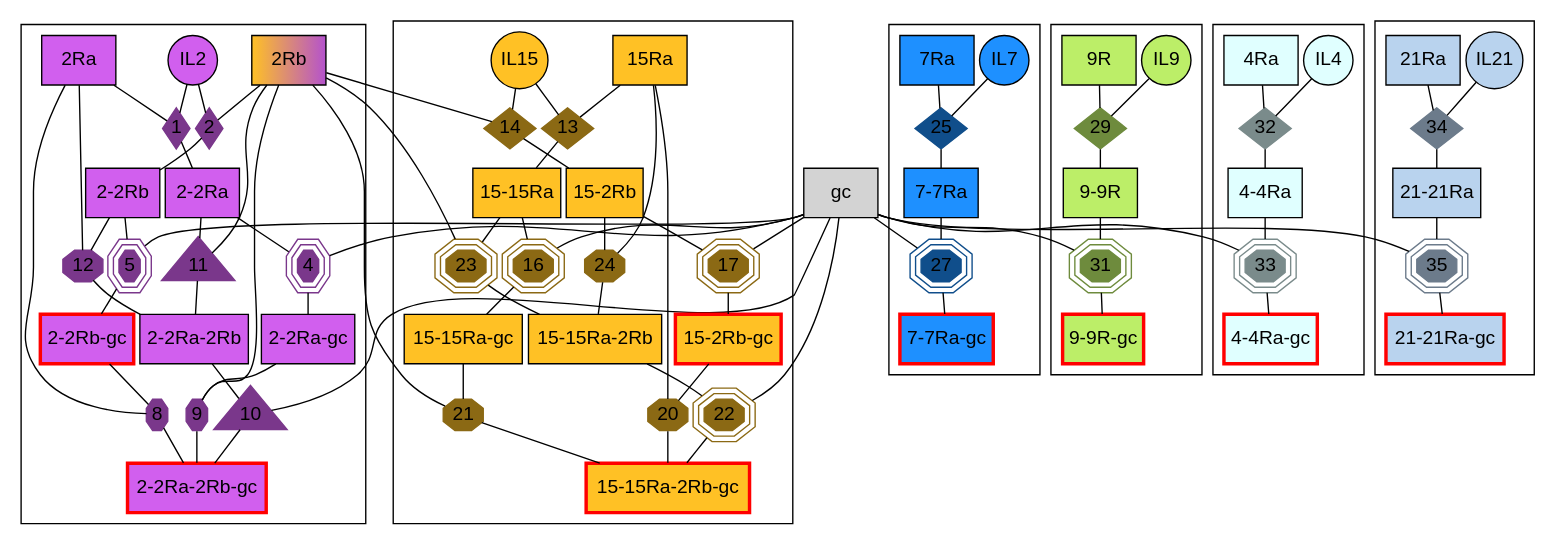
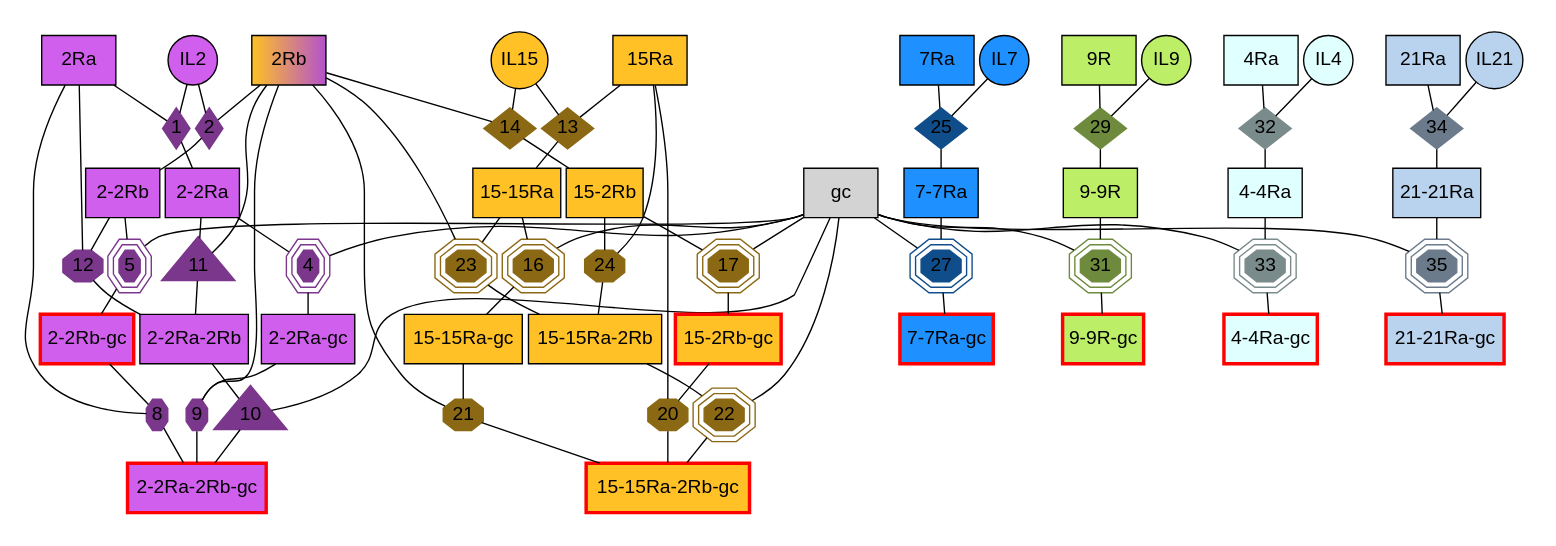
The diagram in ckine/data/graph_all.gv (meyer-lab/gc-valent), drawn with Graphviz before and after one commit.

Commit message:
remove black outlines

```diff
--- a/ckine/data/graph_all.gv
+++ b/ckine/data/graph_all.gv
@@ -55,6 +55,7 @@
 
     subgraph cluster_IL2 {
     	node [style=filled,color=mediumorchid4, margin=0];
+        penwidth=0;
 
         "1" [shape=diamond,style=filled,height=.1,width=.1, fontname = "helvetica"];
         "IL2" -> "1" [dir=none,weight=1];
@@ -105,6 +106,7 @@
     subgraph cluster_IL15 {
     	node [style=filled,color=goldenrod4, margin=0];
         edge [dir=none, weight=1];
+        penwidth=0;
 
         "13" [shape=diamond,style=filled,height=.1,width=.1, fontname = "helvetica"];
         "IL15" -> "13";
@@ -155,6 +157,7 @@
     subgraph cluster_IL7 {
     	node [style=filled,color=dodgerblue4, margin=0];
         edge [dir=none, weight=1];
+        penwidth=0;
         
         "25" [shape=diamond,style=filled,height=.1,width=.1, fontname = "helvetica"];
         "IL7" -> "25";
@@ -170,6 +173,7 @@
     subgraph cluster_IL9 {
     	node [style=filled,color=darkolivegreen4, margin=0];
         edge [dir=none, weight=1];
+        penwidth=0;
         
         "29" [shape=diamond, style=filled, height=.1, width=.1, fontname = "helvetica"];
         "IL9" -> "29";
@@ -185,6 +189,7 @@
     subgraph cluster_IL4 {
     	node [style=filled, color=lightcyan4, margin=0];
         edge [dir=none, weight=1];
+        penwidth=0;
         
         "32" [shape=diamond, style=filled, height=0.1, width=0.1, fontname = "helvetica"];
         "IL4" -> "32";
@@ -199,6 +204,7 @@
     subgraph cluster_IL21 {
     	node [style=filled, color=slategray4, margin=0];
         edge [dir=none, weight=1];
+        penwidth=0;
         
         "34" [shape=diamond,style=filled,height=.1,width=.1, fontname = "helvetica"];
         "IL21" -> "34";
```
